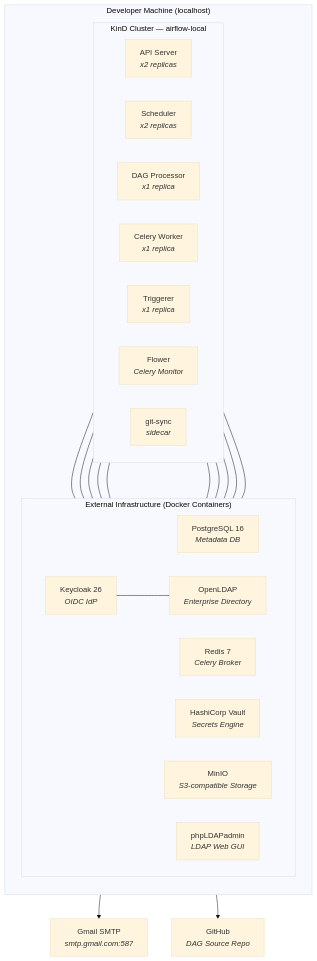
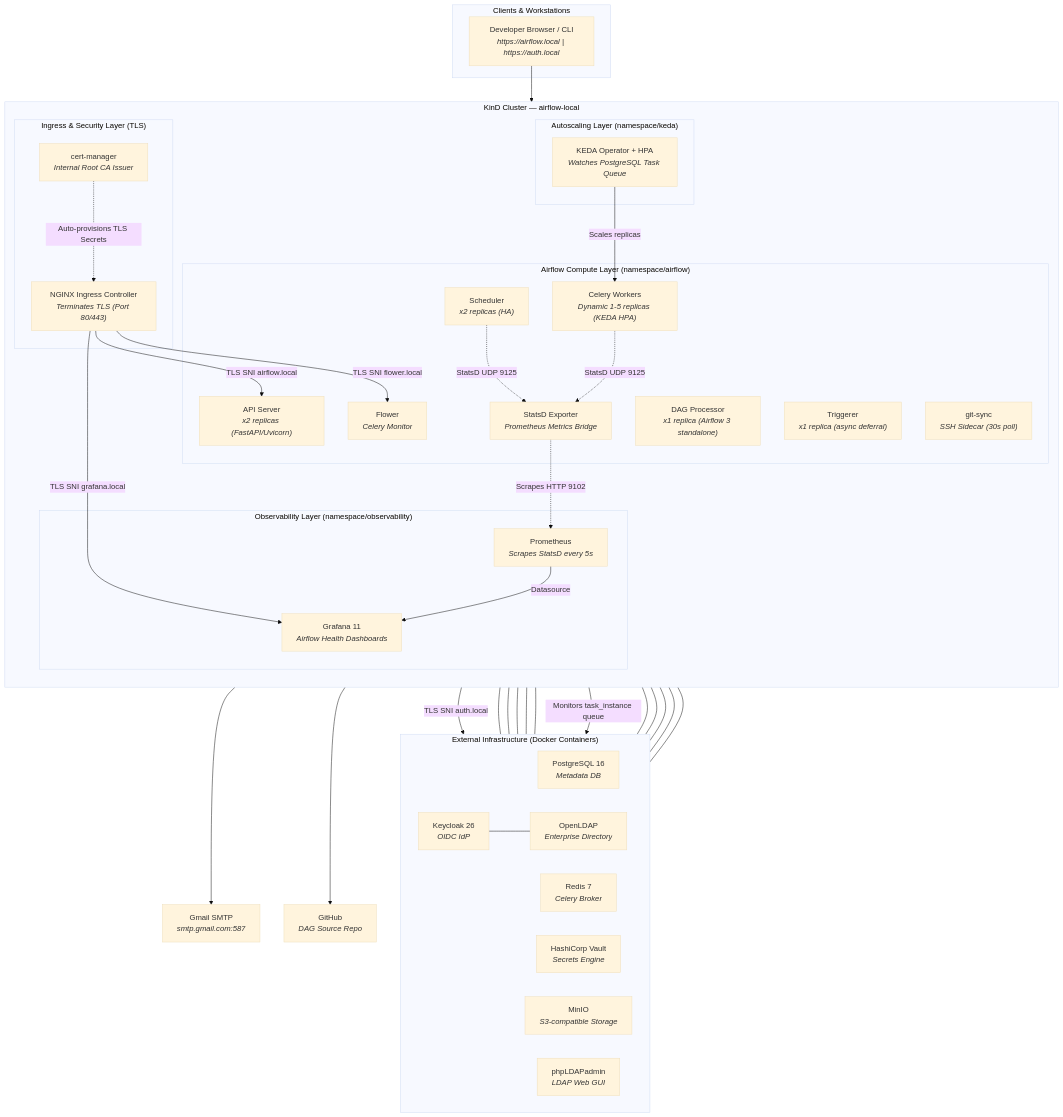
The first of 5 diagrams in README.md (amirsohelprowork-netizen/Learn_Airflow), drawn with Mermaid (base theme) before and after one commit. The commit also changed other lines of this file and 18 other files, not shown here.

Commit message:
feat: add ingress, TLS, KEDA autoscaling, and observability stack to local Kubernetes setup

````diff
--- a/README.md
+++ b/README.md
@@ -47,45 +52,79 @@
 ```mermaid
 graph TB
-    subgraph HOST["Developer Machine (localhost)"]
+    subgraph CLIENT["Clients & Workstations"]
+        BROWSER["Developer Browser / CLI<br/><i>https://airflow.local | https://auth.local</i>"]
+    end
+
+    subgraph KIND["KinD Cluster — airflow-local"]
         direction TB
 
-        subgraph KIND["KinD Cluster — airflow-local"]
-            direction LR
-            API["API Server<br/><i>x2 replicas</i>"]
-            SCH["Scheduler<br/><i>x2 replicas</i>"]
-            DAG["DAG Processor<br/><i>x1 replica</i>"]
-            WRK["Celery Worker<br/><i>x1 replica</i>"]
-            TRG["Triggerer<br/><i>x1 replica</i>"]
-            FLW["Flower<br/><i>Celery Monitor</i>"]
-            GIT["git-sync<br/><i>sidecar</i>"]
+        subgraph INGRESS_LAYER["Ingress & Security Layer (TLS)"]
+            ING["NGINX Ingress Controller<br/><i>Terminates TLS (Port 80/443)</i>"]
+            CERT["cert-manager<br/><i>Internal Root CA Issuer</i>"]
         end
 
-        subgraph EXT["External Infrastructure (Docker Containers)"]
-            direction LR
-            PG["PostgreSQL 16<br/><i>Metadata DB</i>"]
-            RD["Redis 7<br/><i>Celery Broker</i>"]
-            KC["Keycloak 26<br/><i>OIDC IdP</i>"]
-            LDAP["OpenLDAP<br/><i>Enterprise Directory</i>"]
-            VLT["HashiCorp Vault<br/><i>Secrets Engine</i>"]
-            MINIO["MinIO<br/><i>S3-compatible Storage</i>"]
-            PHA["phpLDAPadmin<br/><i>LDAP Web GUI</i>"]
+        subgraph AIRFLOW_LAYER["Airflow Compute Layer (namespace/airflow)"]
+            API["API Server<br/><i>x2 replicas (FastAPI/Uvicorn)</i>"]
+            SCH["Scheduler<br/><i>x2 replicas (HA)</i>"]
+            DAG["DAG Processor<br/><i>x1 replica (Airflow 3 standalone)</i>"]
+            WRK["Celery Workers<br/><i>Dynamic 1-5 replicas (KEDA HPA)</i>"]
+            TRG["Triggerer<br/><i>x1 replica (async deferral)</i>"]
+            FLW["Flower<br/><i>Celery Monitor</i>"]
+            STATSD["StatsD Exporter<br/><i>Prometheus Metrics Bridge</i>"]
+            GIT["git-sync<br/><i>SSH Sidecar (30s poll)</i>"]
         end
+
+        subgraph AUTOSCALE_LAYER["Autoscaling Layer (namespace/keda)"]
+            KEDA["KEDA Operator + HPA<br/><i>Watches PostgreSQL Task Queue</i>"]
+        end
+
+        subgraph OBS_LAYER["Observability Layer (namespace/observability)"]
+            PROM["Prometheus<br/><i>Scrapes StatsD every 5s</i>"]
+            GRAF["Grafana 11<br/><i>Airflow Health Dashboards</i>"]
+        end
+    end
+
+    subgraph EXT["External Infrastructure (Docker Containers)"]
+        direction LR
+        PG["PostgreSQL 16<br/><i>Metadata DB</i>"]
+        RD["Redis 7<br/><i>Celery Broker</i>"]
+        KC["Keycloak 26<br/><i>OIDC IdP</i>"]
+        LDAP["OpenLDAP<br/><i>Enterprise Directory</i>"]
+        VLT["HashiCorp Vault<br/><i>Secrets Engine</i>"]
+        MINIO["MinIO<br/><i>S3-compatible Storage</i>"]
+        PHA["phpLDAPadmin<br/><i>LDAP Web GUI</i>"]
     end
 
     GMAIL["Gmail SMTP<br/><i>smtp.gmail.com:587</i>"]
     GH["GitHub<br/><i>DAG Source Repo</i>"]
+
+    BROWSER --> ING
+    ING -->|TLS SNI airflow.local| API
+    ING -->|TLS SNI auth.local| KC
+    ING -->|TLS SNI flower.local| FLW
+    ING -->|TLS SNI grafana.local| GRAF
+
+    CERT -.->|Auto-provisions TLS Secrets| ING
 
     API --- PG
     SCH --- PG
     SCH --- RD
     WRK --- PG
     WRK --- RD
+    KEDA -->|Monitors task_instance queue| PG
+    KEDA -->|Scales replicas| WRK
+
     API --- KC
     KC --- LDAP
     SCH --- VLT
     WRK --- VLT
     WRK --- MINIO
     SCH --- MINIO
     WRK --> GMAIL
     GIT --> GH
+
+    SCH -.->|StatsD UDP 9125| STATSD
+    WRK -.->|StatsD UDP 9125| STATSD
+    STATSD -.->|Scrapes HTTP 9102| PROM
+    PROM -->|Datasource| GRAF
 ```
````
